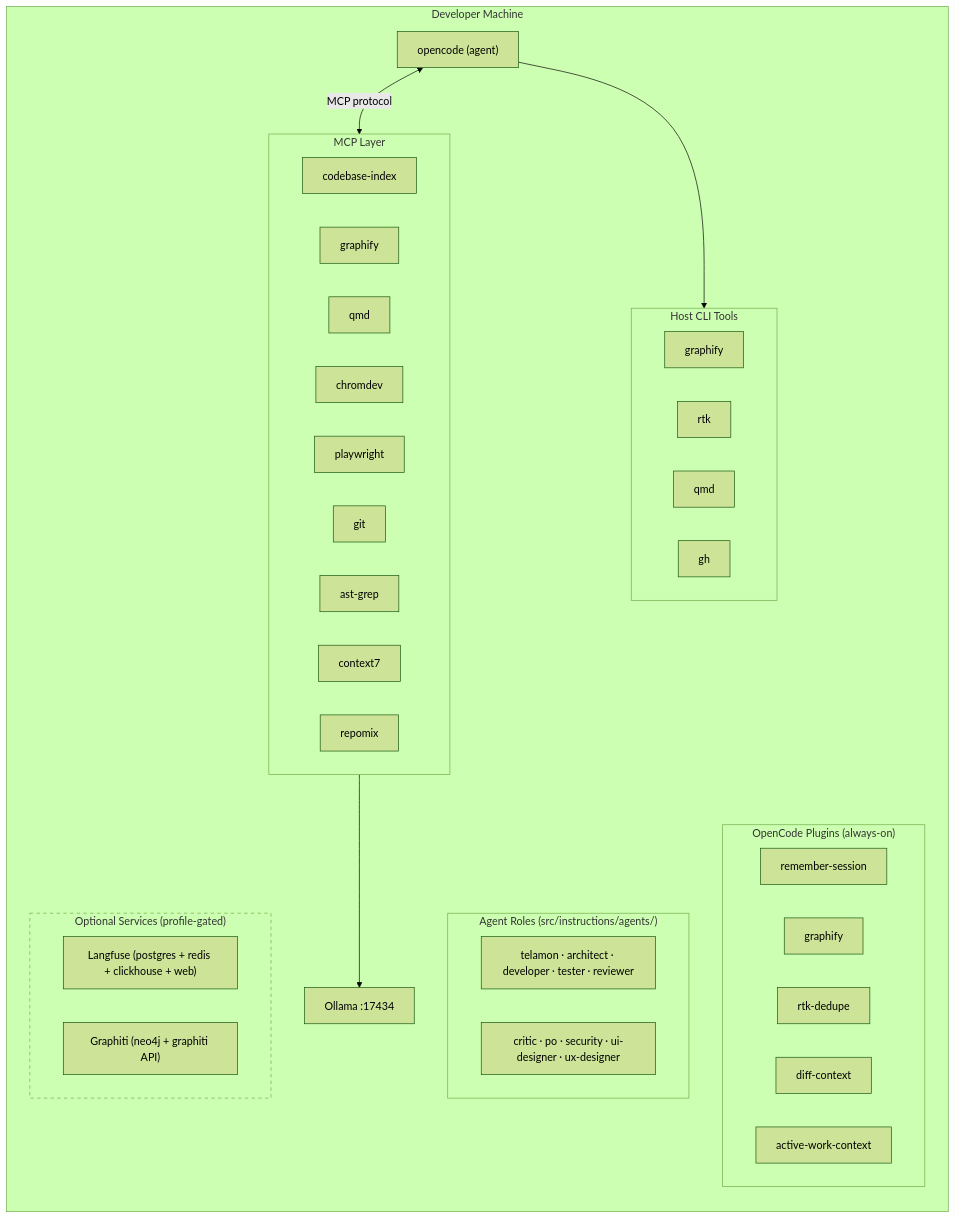
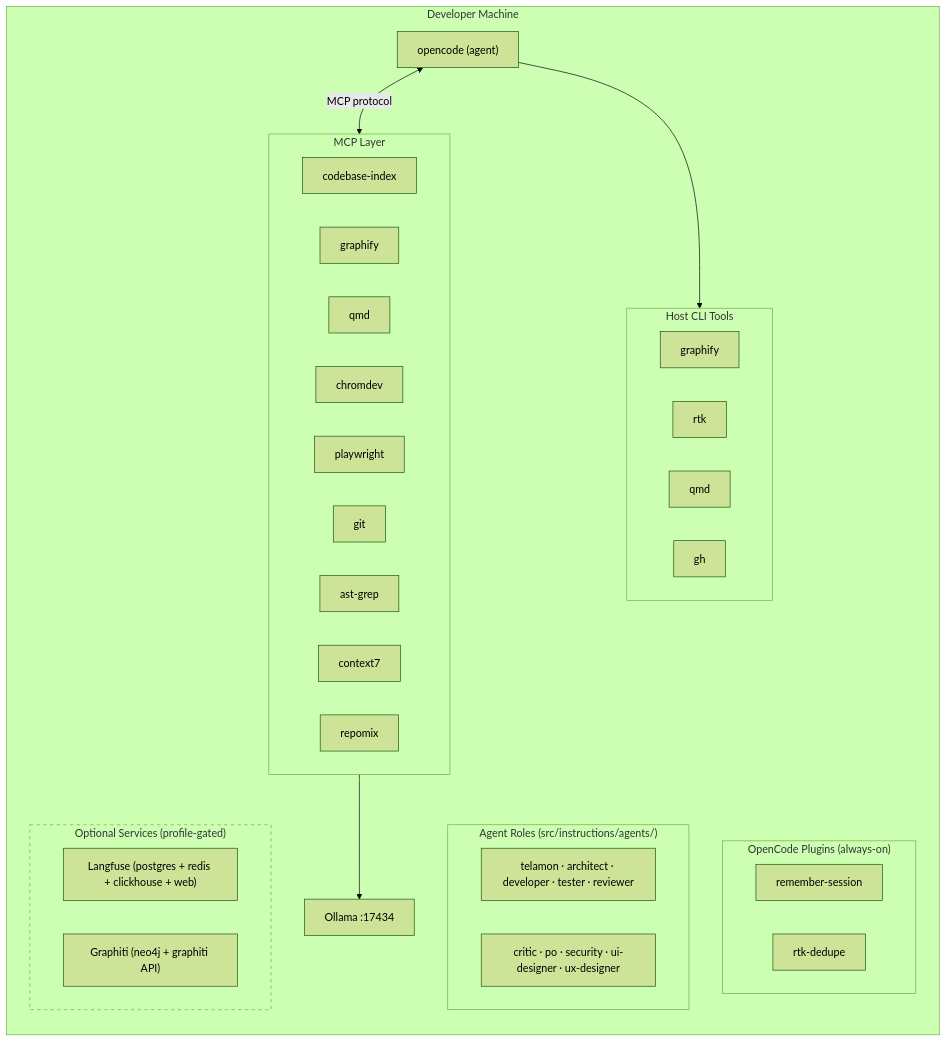
The diagram in docs/architecture.md (hgraca/telamon), drawn with Mermaid (forest theme) before and after one commit. The commit also changed other lines of this file and 17 other files, not shown here.

Commit message:
Remove plugins for graphify, diff-context and active-work-context

````diff
--- a/docs/architecture.md
+++ b/docs/architecture.md
@@ -14,51 +14,48 @@
 ```mermaid
 flowchart TB
     subgraph dev["Developer Machine"]
         direction TB
 
         oc["opencode (agent)"] <-->|"MCP protocol"| mcp
 
         subgraph mcp["MCP Layer"]
             cbi["codebase-index"]
             gf_m["graphify"]
             qmd_m["qmd"]
             cd_m["chromdev"]
             pw_m["playwright"]
             git_m["git"]
             ag_m["ast-grep"]
             c7_m["context7"]
             rm_m["repomix"]
         end
 
         mcp --> ol["Ollama :17434"]
 
         oc --> cli
 
         subgraph cli["Host CLI Tools"]
             cli_g["graphify"]
             cli_r["rtk"]
             cli_q["qmd"]
             cli_gh["gh"]
         end
 
         subgraph plugins["OpenCode Plugins (always-on)"]
             p_sc["remember-session"]
-            p_gf["graphify"]
             p_rd["rtk-dedupe"]
-            p_dc["diff-context"]
-            p_aw["active-work-context"]
         end
 
         subgraph agents["Agent Roles (src/instructions/agents/)"]
             a1["telamon · architect · developer · tester · reviewer"]
             a2["critic · po · security · ui-designer · ux-designer"]
         end
 
         subgraph optional["Optional Services (profile-gated)"]
             o_lf["Langfuse (postgres + redis + clickhouse + web)"]
             o_gr["Graphiti (neo4j + graphiti API)"]
         end
     end
 
     style optional stroke-dasharray: 5 5
 ```
````
